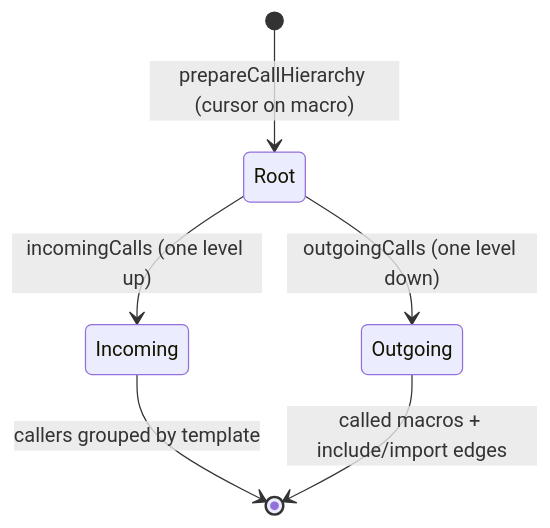
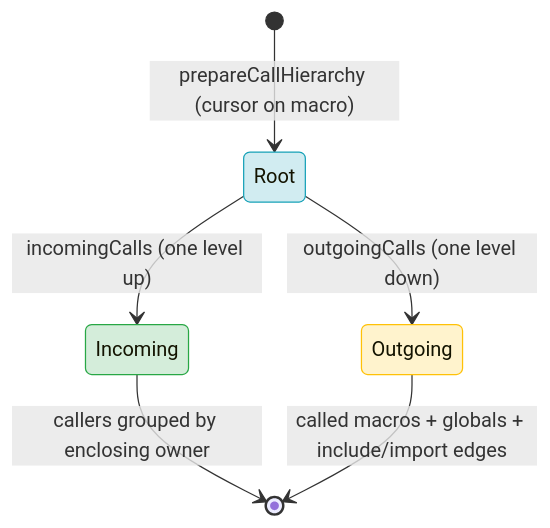
Before and after one commit to alex-oleshkevich/jinja-lsp: the diagram in specs/features/F16-call-hierarchy.md, drawn with Mermaid. The commit also changed other lines of this file and 15 other files, not shown here.

````diff
--- a/specs/features/F16-call-hierarchy.md
+++ b/specs/features/F16-call-hierarchy.md
@@ -126,8 +151,14 @@
 ```mermaid
 stateDiagram-v2
     [*] --> Root: prepareCallHierarchy (cursor on macro)
     Root --> Incoming: incomingCalls (one level up)
     Root --> Outgoing: outgoingCalls (one level down)
-    Incoming --> [*]: callers grouped by template
-    Outgoing --> [*]: called macros + include/import edges
+    Incoming --> [*]: callers grouped by enclosing owner
+    Outgoing --> [*]: called macros + globals + include/import edges
+    classDef root fill:#d1ecf1,stroke:#17a2b8;
+    classDef up fill:#d4edda,stroke:#28a745;
+    classDef down fill:#fff3cd,stroke:#ffc107;
+    class Root root
+    class Incoming up
+    class Outgoing down
 ```
````
